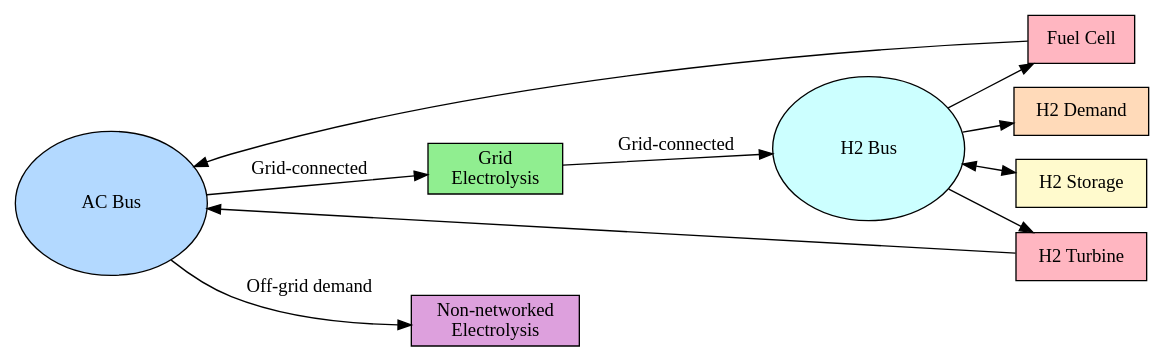
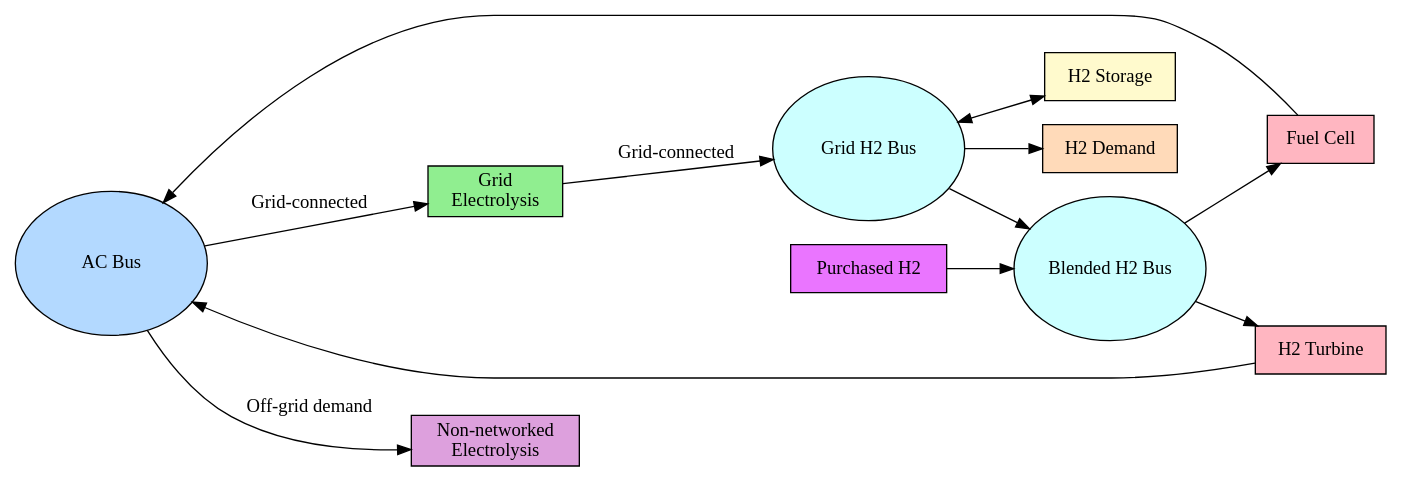
The diagram in doc/gb-model/hydrogen_overview.rst (open-energy-transition/pypsa-eur), drawn with Graphviz before and after one commit. The commit also changed other lines of this file and 12 other files, not shown here.

```diff
--- a/doc/gb-model/hydrogen_overview.rst
+++ b/doc/gb-model/hydrogen_overview.rst
@@ -31,26 +31,30 @@
 .. graphviz::
 
    digraph {
       rankdir=LR;
       node [shape=box, style=filled];
 
       // Main components
       AC_bus [label="AC Bus", fillcolor="#B3D9FF", shape=ellipse, width=2, height=1.5, fixedsize=true];
-      H2_bus [label="H2 Bus", fillcolor="#CCFFFF", shape=ellipse, width=2, height=1.5, fixedsize=true];
+      h2_bus [label="Grid H2 Bus", fillcolor="#CCFFFF", shape=ellipse, width=2, height=1.5, fixedsize=true];
+      blended_h2_bus [label="Blended H2 Bus", fillcolor="#CCFFFF", shape=ellipse, width=2, height=1.5, fixedsize=true];
 
       // Hydrogen system components
       electrolyser [label="Grid\nElectrolysis", fillcolor="#90EE90"];
       fuel_cell [label="Fuel Cell", fillcolor="#FFB6C1"];
+      h2_purchased [label="Purchased H2", fillcolor="#ea75ff"];
       h2_turbine [label="H2 Turbine", fillcolor="#FFB6C1"];
       h2_store [label="H2 Storage", fillcolor="#FFFACD"];
       h2_demand [label="H2 Demand", fillcolor="#FFDAB9"];
       non_grid_elec [label="Non-networked\nElectrolysis", fillcolor="#DDA0DD"];
 
       // Connections
-      AC_bus -> electrolyser -> H2_bus [label="Grid-connected"];
-      H2_bus -> fuel_cell -> AC_bus;
-      H2_bus -> h2_turbine -> AC_bus;
-      H2_bus -> h2_store [dir=both];
-      H2_bus -> h2_demand;
+      AC_bus -> electrolyser -> h2_bus [label="Grid-connected"];
+      h2_bus -> blended_h2_bus
+      h2_purchased -> blended_h2_bus
+      blended_h2_bus -> fuel_cell -> AC_bus;
+      blended_h2_bus -> h2_turbine -> AC_bus;
+      h2_bus -> h2_store [dir=both];
+      h2_bus -> h2_demand;
       AC_bus -> non_grid_elec [label="Off-grid demand"];
    }
```
